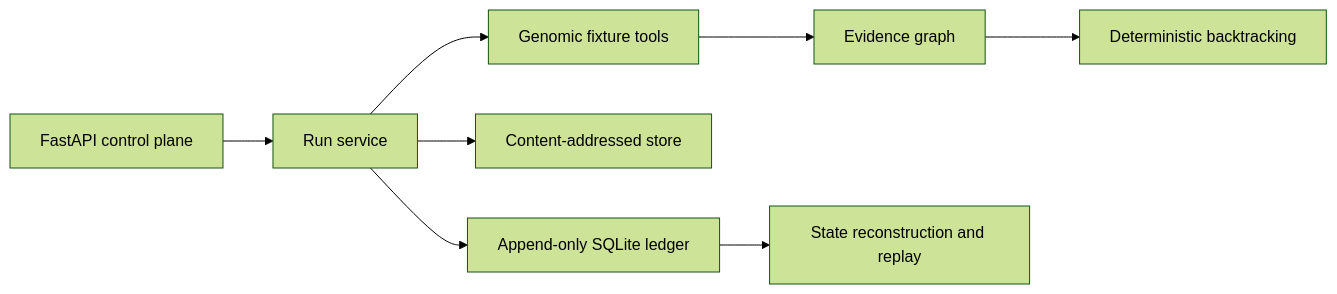
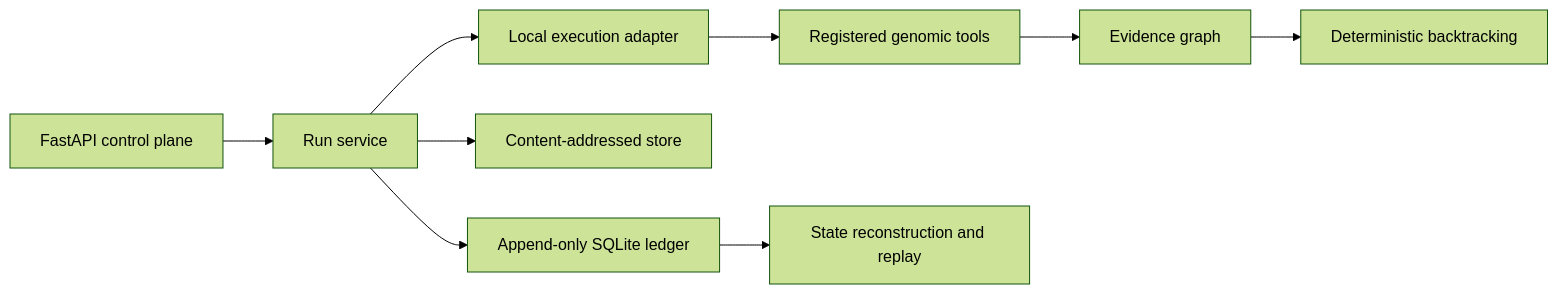
One commit to srikarjy/concordia changed the first of 2 diagrams in docs/architecture.md. Above: the diagram before and after it, drawn with Mermaid (forest theme). The commit also changed other lines of this file and 13 other files, not shown here.

````diff
--- a/docs/architecture.md
+++ b/docs/architecture.md
@@ -5,10 +5,11 @@
 ```mermaid
 flowchart LR
     A[FastAPI control plane] --> S[Run service]
     S --> L[Append-only SQLite ledger]
     S --> C[Content-addressed store]
-    S --> G[Genomic fixture tools]
+    S --> X[Local execution adapter]
+    X --> G[Registered genomic tools]
     G --> E[Evidence graph]
     E --> V[Deterministic backtracking]
     L --> P[State reconstruction and replay]
 ```
````
